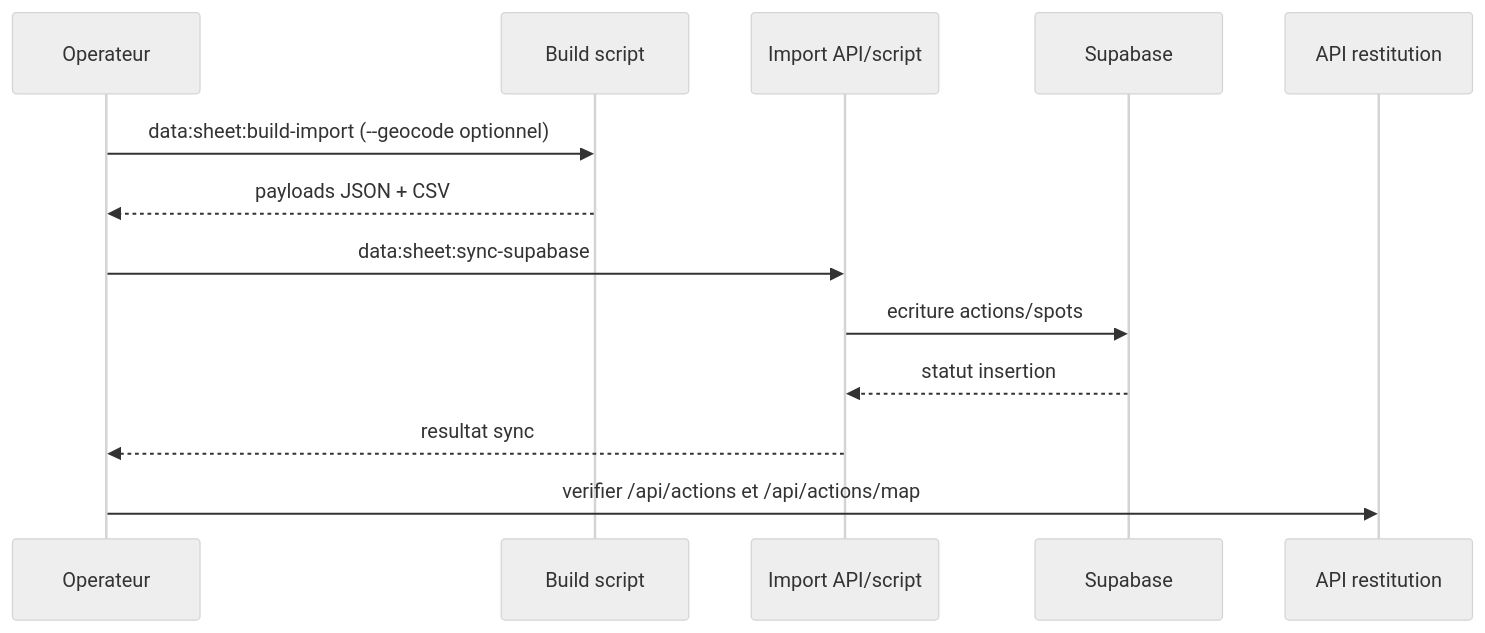
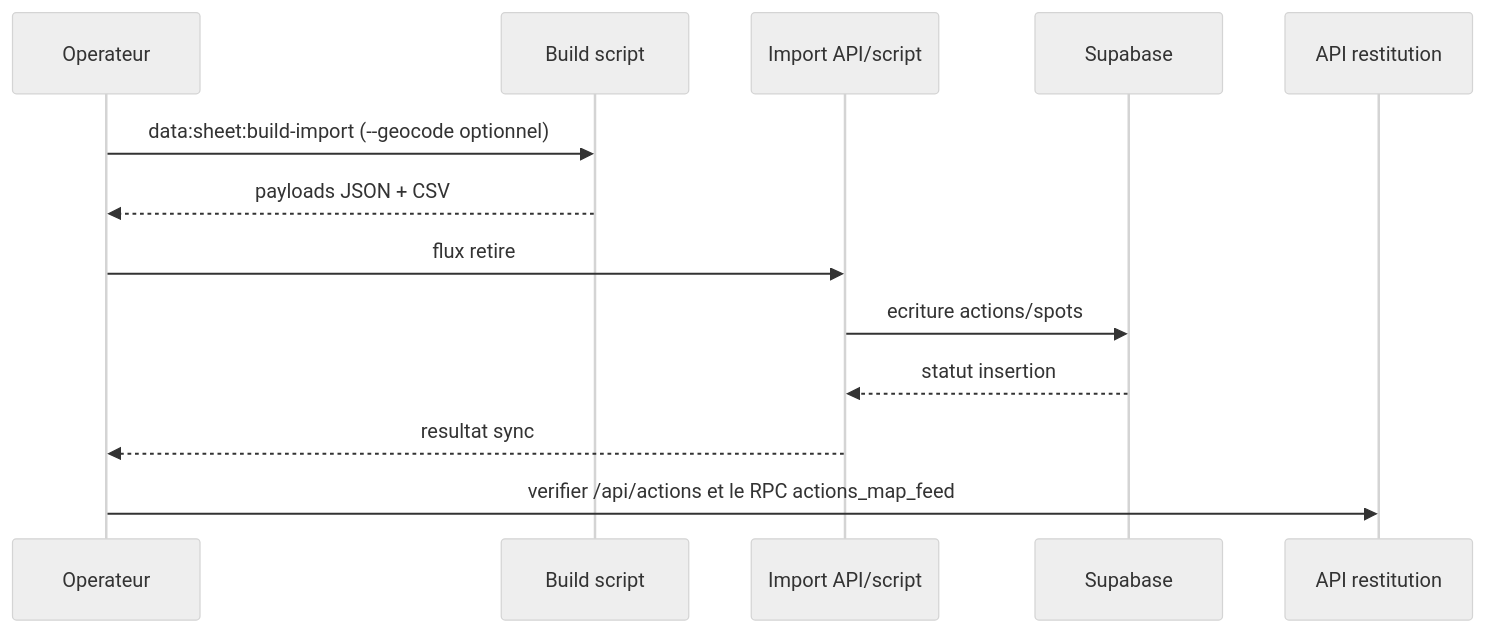
One commit to maxd4/CleanmyMap changed the second of 4 diagrams in documentation/operations/data-import/pipeline-import.md. Above: the diagram before and after it, drawn with Mermaid (neutral theme). The commit also changed other lines of this file and 322 other files, not shown here.

````diff
--- a/documentation/operations/data-import/pipeline-import.md
+++ b/documentation/operations/data-import/pipeline-import.md
@@ -30,15 +30,15 @@
 ```mermaid
 sequenceDiagram
   participant Ops as Operateur
   participant Build as Build script
   participant Import as Import API/script
   participant DB as Supabase
   participant API as API restitution
   Ops->>Build: data:sheet:build-import (--geocode optionnel)
   Build-->>Ops: payloads JSON + CSV
-  Ops->>Import: data:sheet:sync-supabase
+  Ops->>Import: flux retire
   Import->>DB: ecriture actions/spots
   DB-->>Import: statut insertion
   Import-->>Ops: resultat sync
-  Ops->>API: verifier /api/actions et /api/actions/map
+  Ops->>API: verifier /api/actions et le RPC actions_map_feed
 ```
````
